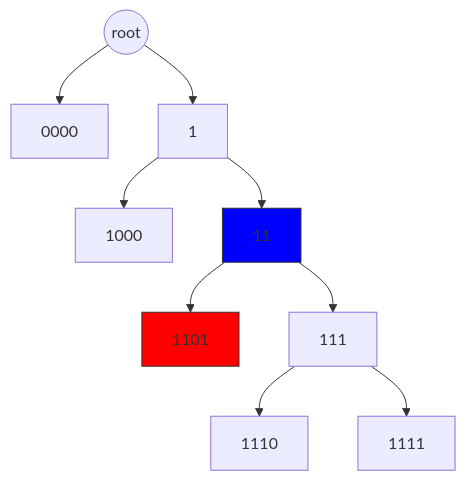
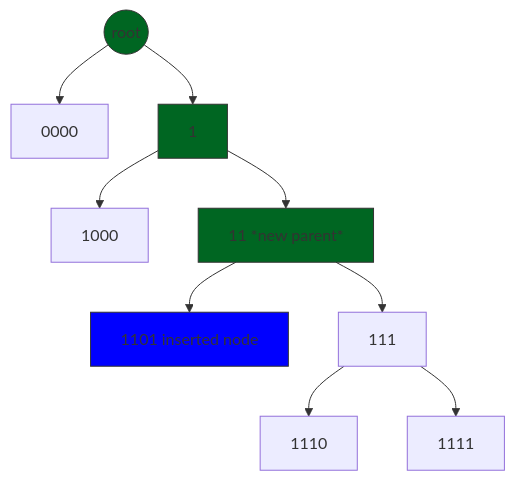
Before and after one commit to rem1niscence/canopy: the third of 5 diagrams in store/README.md, drawn with Mermaid. The commit also changed other lines of this file, not shown here.

````diff
--- a/store/README.md
+++ b/store/README.md
@@ -232,17 +230,18 @@
 ```mermaid
 graph TD
     root((root)) --> n0000[0000]
     root --> n1[1]
     n1 --> n1000[1000]
-    n1 --> n11[11]
-    n11 --> n1101[1101]
+    n1 --> n11[11 *new parent*]
+    n11 --> n1101[1101 inserted node]
     n11 --> n111[111]
     n111 --> n1110[1110]
     n111 --> n1111[1111]
     %% n1000 --> n1101[1101]
 
-    classDef highlightParent fill:#0000ff,stroke:#333;
-    class n11 highlightParent;
-    classDef highlightNewNode fill:#ff0000,stroke:#333;
+    classDef highlightNewNode fill:#0000ff,stroke:#333;
     class n1101 highlightNewNode;
+    classDef highlightRehashedNodes fill:#006622,stroke:#333;
+    class n1,n11,root highlightRehashedNodes;
+
 ```
````
